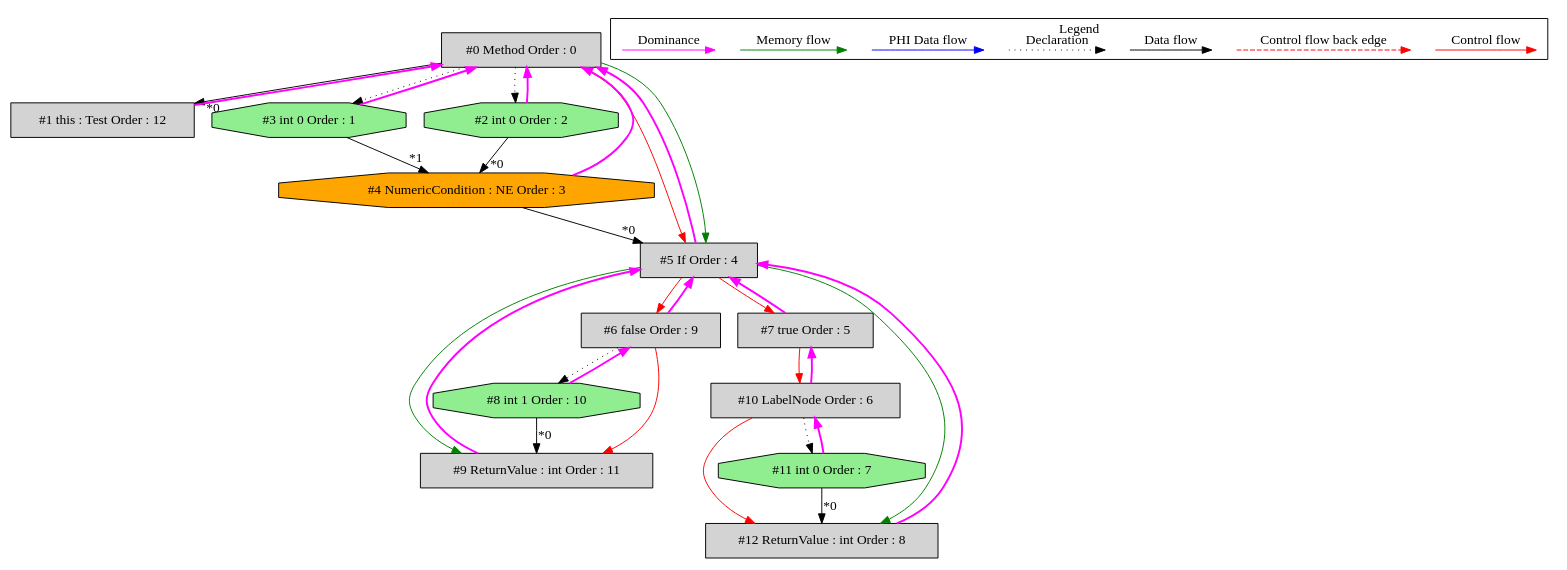
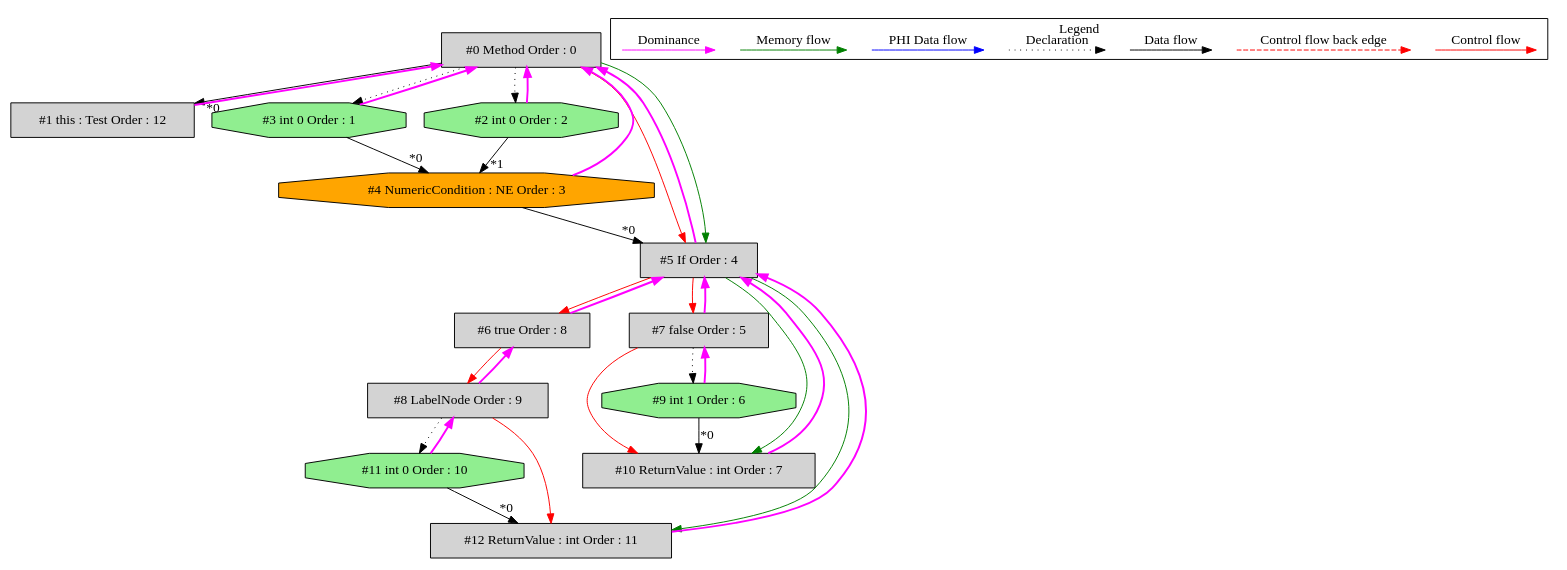
One commit to mirkosertic/MetaIR changed the diagram in de.mirkosertic.metair.ir.OpcodeIFICMPNETest/test_IF_ICMPNE/ir_dominatortree.dot. Above: the diagram before and after it, drawn with Graphviz. The commit also changed 1368 other files, not shown here.

```diff
--- a/de.mirkosertic.metair.ir.OpcodeIFICMPNETest/test_IF_ICMPNE/ir_dominatortree.dot
+++ b/de.mirkosertic.metair.ir.OpcodeIFICMPNETest/test_IF_ICMPNE/ir_dominatortree.dot
@@ -1,76 +1,76 @@
 digraph debugoutput {
  ordering="in";
  node0[label="#0 Method Order : 0",shape=box, fillcolor=lightgrey, style=filled];
  node1[label="#1 this : Test Order : 12",shape=box, fillcolor=lightgrey, style=filled];
  node1 -> node0[dir="forward" color="fuchsia" penwidth="2"];
  node0 -> node1[headlabel="*0", labeldistance=2];
  node2[label="#2 int 0 Order : 2",shape=octagon, fillcolor=lightgreen, style=filled];
  node2 -> node0[dir="forward" color="fuchsia" penwidth="2"];
  node0 -> node2[style=dotted];
  node3[label="#3 int 0 Order : 1",shape=octagon, fillcolor=lightgreen, style=filled];
  node3 -> node0[dir="forward" color="fuchsia" penwidth="2"];
  node0 -> node3[style=dotted];
  node4[label="#4 NumericCondition : NE Order : 3",shape=octagon, fillcolor=orange, style=filled];
  node4 -> node0[dir="forward" color="fuchsia" penwidth="2"];
- node2 -> node4[headlabel="*0", labeldistance=2];
- node3 -> node4[headlabel="*1", labeldistance=2];
+ node3 -> node4[headlabel="*0", labeldistance=2];
+ node2 -> node4[headlabel="*1", labeldistance=2];
  node5[label="#5 If Order : 4",shape=box, fillcolor=lightgrey, style=filled];
  node5 -> node0[dir="forward" color="fuchsia" penwidth="2"];
  node4 -> node5[headlabel="*0", labeldistance=2];
  node0 -> node5[labeldistance=2, color=red, fontcolor=red];
  node0 -> node5[labeldistance=2, color=green, constraint=false];
- node6[label="#6 false Order : 9",shape=box, fillcolor=lightgrey, style=filled];
+ node6[label="#6 true Order : 8",shape=box, fillcolor=lightgrey, style=filled];
  node6 -> node5[dir="forward" color="fuchsia" penwidth="2"];
  node5 -> node6[labeldistance=2, color=red, fontcolor=red];
- node7[label="#7 true Order : 5",shape=box, fillcolor=lightgrey, style=filled];
+ node7[label="#7 false Order : 5",shape=box, fillcolor=lightgrey, style=filled];
  node7 -> node5[dir="forward" color="fuchsia" penwidth="2"];
  node5 -> node7[labeldistance=2, color=red, fontcolor=red];
- node8[label="#8 int 1 Order : 10",shape=octagon, fillcolor=lightgreen, style=filled];
+ node8[label="#8 LabelNode Order : 9",shape=box, fillcolor=lightgrey, style=filled];
  node8 -> node6[dir="forward" color="fuchsia" penwidth="2"];
- node6 -> node8[style=dotted];
- node9[label="#9 ReturnValue : int Order : 11",shape=box, fillcolor=lightgrey, style=filled];
- node9 -> node5[dir="forward" color="fuchsia" penwidth="2"];
- node8 -> node9[headlabel="*0", labeldistance=2];
- node6 -> node9[labeldistance=2, color=red, fontcolor=red];
- node5 -> node9[labeldistance=2, color=green, constraint=false];
- node10[label="#10 LabelNode Order : 6",shape=box, fillcolor=lightgrey, style=filled];
- node10 -> node7[dir="forward" color="fuchsia" penwidth="2"];
+ node6 -> node8[labeldistance=2, color=red, fontcolor=red];
+ node9[label="#9 int 1 Order : 6",shape=octagon, fillcolor=lightgreen, style=filled];
+ node9 -> node7[dir="forward" color="fuchsia" penwidth="2"];
+ node7 -> node9[style=dotted];
+ node10[label="#10 ReturnValue : int Order : 7",shape=box, fillcolor=lightgrey, style=filled];
+ node10 -> node5[dir="forward" color="fuchsia" penwidth="2"];
+ node9 -> node10[headlabel="*0", labeldistance=2];
  node7 -> node10[labeldistance=2, color=red, fontcolor=red];
- node11[label="#11 int 0 Order : 7",shape=octagon, fillcolor=lightgreen, style=filled];
- node11 -> node10[dir="forward" color="fuchsia" penwidth="2"];
- node10 -> node11[style=dotted];
- node12[label="#12 ReturnValue : int Order : 8",shape=box, fillcolor=lightgrey, style=filled];
+ node5 -> node10[labeldistance=2, color=green, constraint=false];
+ node11[label="#11 int 0 Order : 10",shape=octagon, fillcolor=lightgreen, style=filled];
+ node11 -> node8[dir="forward" color="fuchsia" penwidth="2"];
+ node8 -> node11[style=dotted];
+ node12[label="#12 ReturnValue : int Order : 11",shape=box, fillcolor=lightgrey, style=filled];
  node12 -> node5[dir="forward" color="fuchsia" penwidth="2"];
  node11 -> node12[headlabel="*0", labeldistance=2];
- node10 -> node12[labeldistance=2, color=red, fontcolor=red];
+ node8 -> node12[labeldistance=2, color=red, fontcolor=red];
  node5 -> node12[labeldistance=2, color=green, constraint=false];
  subgraph cluster_000 {
   label = "Legend";
   node [shape=point]
   {
    rank=same;
    c0 [style = invis];
    c1 [style = invis];
    c2 [style = invis];
    c3 [style = invis];
    d0 [style = invis];
    d1 [style = invis];
    d2 [style = invis];
    d3 [style = invis];
    d4 [style = invis];
    d5 [style = invis];
    d6 [style = invis];
    d7 [style = invis];
    d8 [style = invis];
    d9 [style = invis];
   }
   c0 -> c1 [label="Control flow", style=solid, color=red]
   c2 -> c3 [label="Control flow back edge", style=dashed, color=red]
   d0 -> d1 [label="Data flow"]
   d2 -> d3 [label="Declaration", style=dotted]
   d4 -> d5 [label="PHI Data flow", color=blue]
   d6 -> d7 [label="Memory flow", color=green]
   d8 -> d9 [label="Dominance", color=fuchsia, style=solid]
  }
 
 }
```
